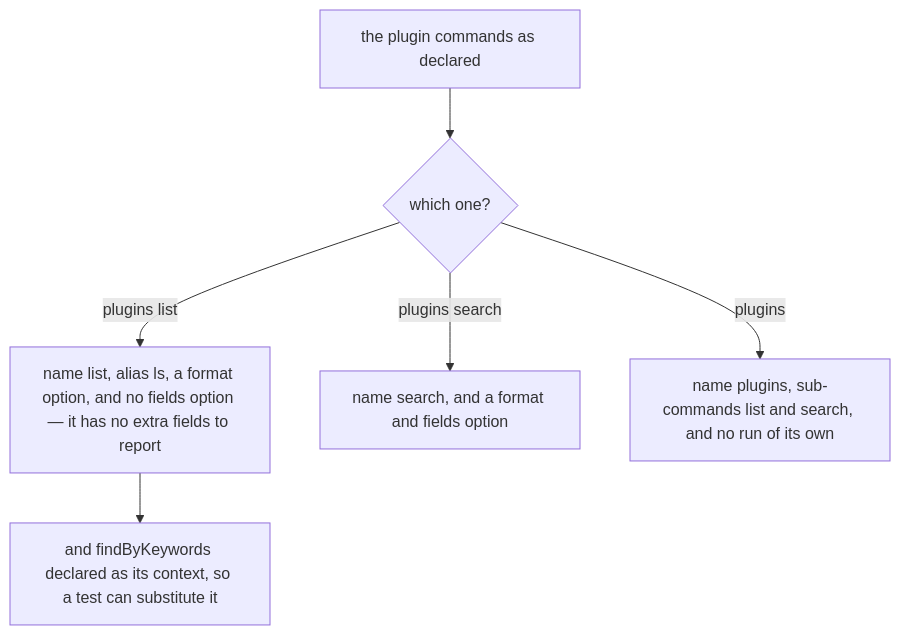
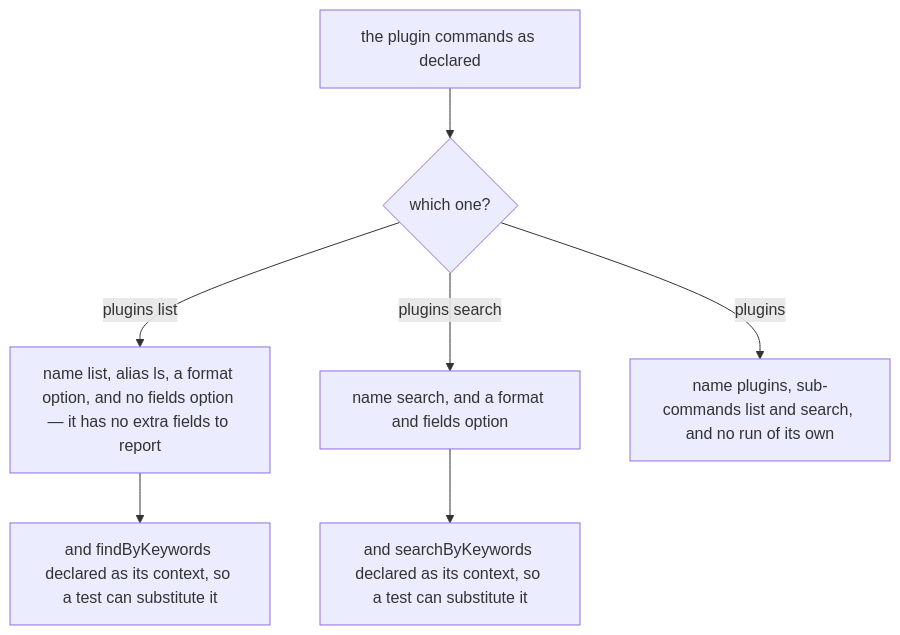
Before and after one commit to clibuilder/clibuilder: the fourth of 4 diagrams in packages/clibuilder/.agents/spec/builtin-commands/README.md, drawn with Mermaid. The commit also changed other lines of this file and 1 other file, not shown here.

````diff
--- a/packages/clibuilder/.agents/spec/builtin-commands/README.md
+++ b/packages/clibuilder/.agents/spec/builtin-commands/README.md
@@ -217,8 +219,9 @@
 ```mermaid
 graph TD
   DC[the plugin commands as declared] --> WH{which one?}
   WH -- "plugins list" --> DL["name list, alias ls, a format option, and no fields option — it has no extra fields to report"]
   DL --> DLC[and findByKeywords declared as its context, so a test can substitute it]
   WH -- "plugins search" --> DS["name search, and a format and fields option"]
+  DS --> DSC[and searchByKeywords declared as its context, so a test can substitute it]
   WH -- "plugins" --> DG["name plugins, sub-commands list and search, and no run of its own"]
 ```
````
